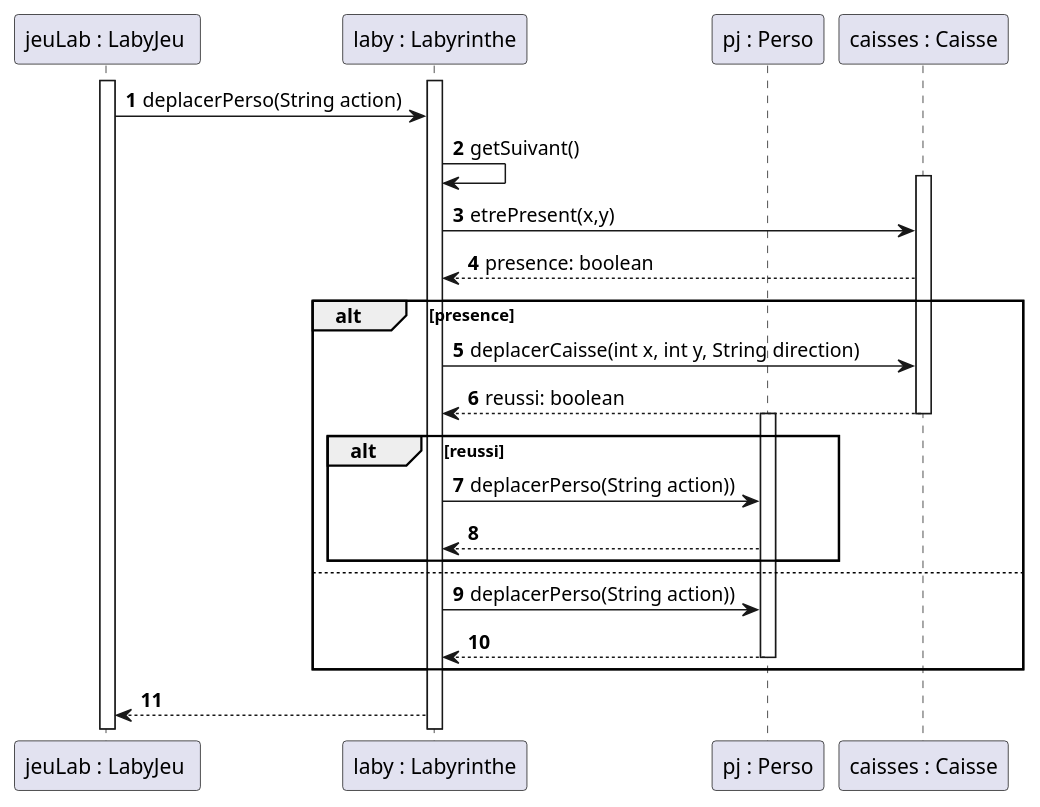
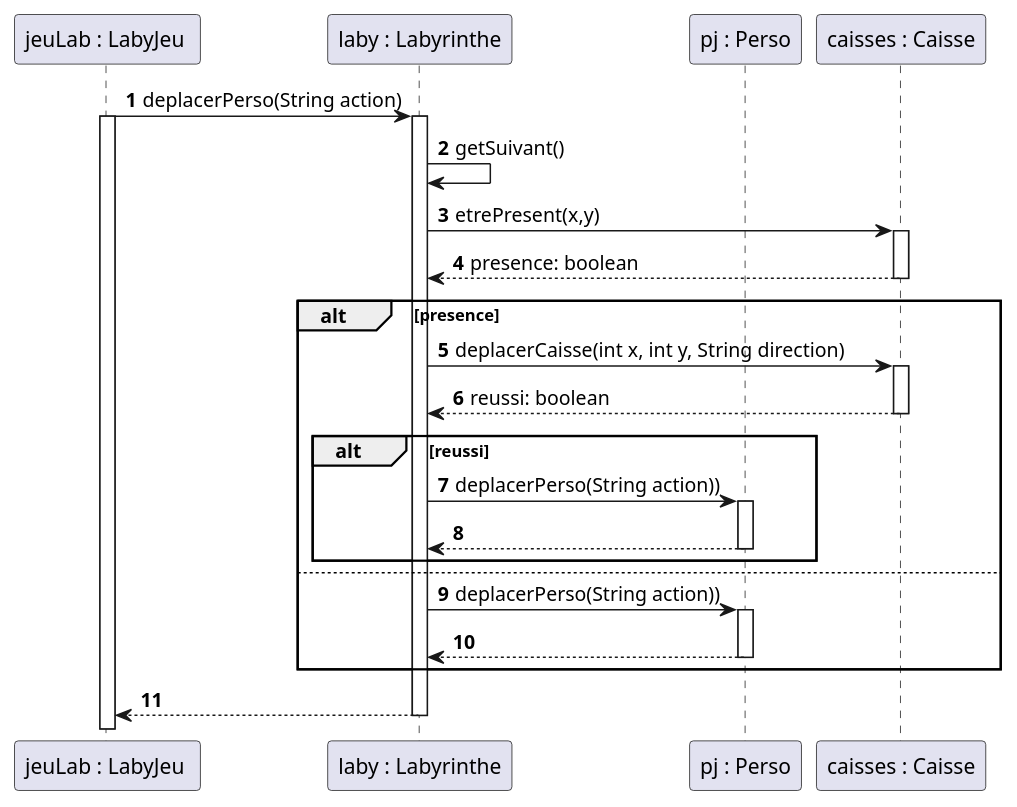
The diagram in documents/version_3/Diagramme sequence Murs deplacables.puml (Flotss/Zeldiablo), drawn with PlantUML before and after one commit. The commit also changed 8 other files, not shown here.

Commit message:
Rename Position to Cases, diagrammes life line is better

```diff
--- a/documents/version_3/Diagramme sequence Murs deplacables.puml
+++ b/documents/version_3/Diagramme sequence Murs deplacables.puml
@@ -1,41 +1,47 @@
 @startuml
 'https://plantuml.com/sequence-diagram
 participant "jeuLab : LabyJeu " as lj
 participant "laby : Labyrinthe" as l
 participant "pj : Perso" as p
 participant "caisses : Caisse" as c
 
 
 autonumber
 
 
 
+
+lj -> l : deplacerPerso(String action)
 activate lj
 activate l
-lj -> l : deplacerPerso(String action)
+l -> l : getSuivant()
+l -> c : etrePresent(x,y)
+activate c
+l <-- c : presence: boolean
+deactivate c
 
-l -> l : getSuivant()
-activate c
-l -> c : etrePresent(x,y)
-l <-- c : presence: boolean
 alt presence
     l -> c : deplacerCaisse(int x, int y, String direction)
+    activate c
     l <-- c : reussi: boolean
     deactivate c
         alt reussi
+            l -> p : deplacerPerso(String action))
             activate p
-            l -> p : deplacerPerso(String action))
             l <-- p
+            deactivate p
         end
 else
 
     l -> p : deplacerPerso(String action))
+    activate p
     l <-- p
     deactivate p
 end
 
 lj <-- l
+deactivate l
 
 
 
 @enduml
```
